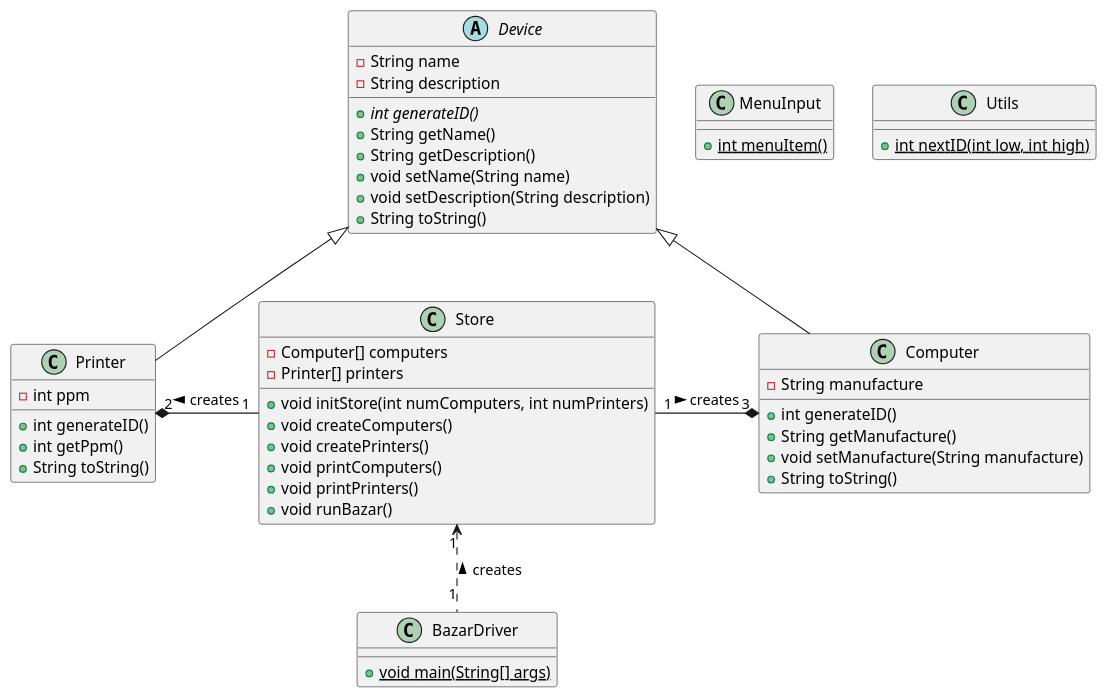
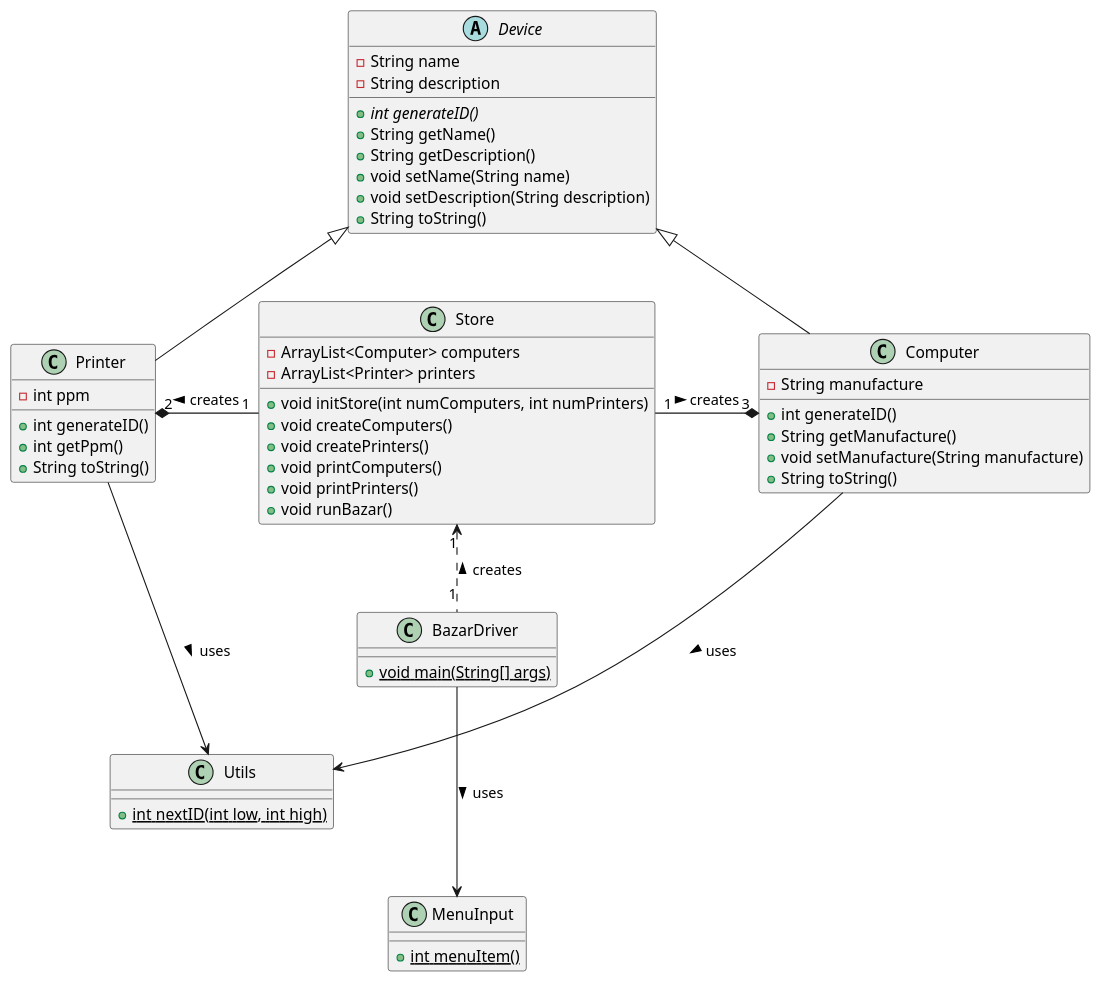
The diagram in Docs/Diagram.puml (jenul-ferdinand/digital-bazaar), drawn with PlantUML before and after one commit.

Commit message:
Updated the UML Diagram to better fit the code

```diff
--- a/Docs/Diagram.puml
+++ b/Docs/Diagram.puml
@@ -1,62 +1,65 @@
 @startuml
 
 class BazarDriver {
     + {static} void main(String[] args)
 }
 
 class Store {
-    - Computer[] computers
-    - Printer[] printers
+    - ArrayList<Computer> computers
+    - ArrayList<Printer> printers
     + void initStore(int numComputers, int numPrinters)
     + void createComputers()
     + void createPrinters()
     + void printComputers()
     + void printPrinters()
     + void runBazar()
 }
 
 class Printer {
     - int ppm
     + int generateID()
     + int getPpm()
     + String toString()
 }
 
 class Computer {
     - String manufacture
     + int generateID()
     + String getManufacture()
     + void setManufacture(String manufacture)
     + String toString()
 }
 
 abstract class Device {
     - String name
     - String description
     + {abstract} int generateID()
     + String getName()
     + String getDescription()
     + void setName(String name)
     + void setDescription(String description)
     + String toString()
 }
 
 class MenuInput {
     + {static} int menuItem()
 }
 
 class Utils {
     + {static} int nextID(int low, int high)
 }
 
 Printer -u-|> Device
 Computer -u-|> Device
 
 Printer "2" *-r- "1" Store : creates <
 Computer "3" *-l- "1" Store : creates <
 
+Printer ---> Utils : uses >
+Computer --->  Utils : uses >
+
 BazarDriver "1" .u.> "1" Store : creates >
-
+BazarDriver ---> MenuInput : uses >
 
 
 @enduml
```
